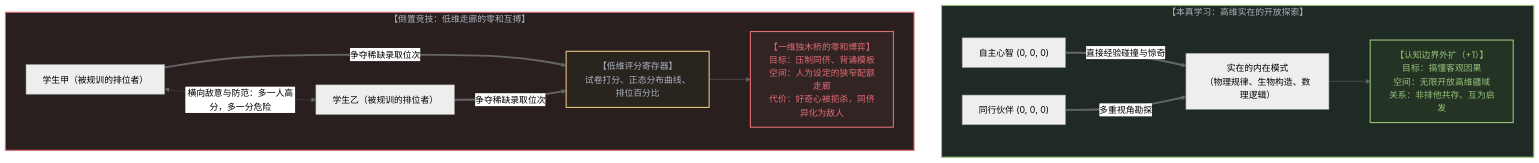
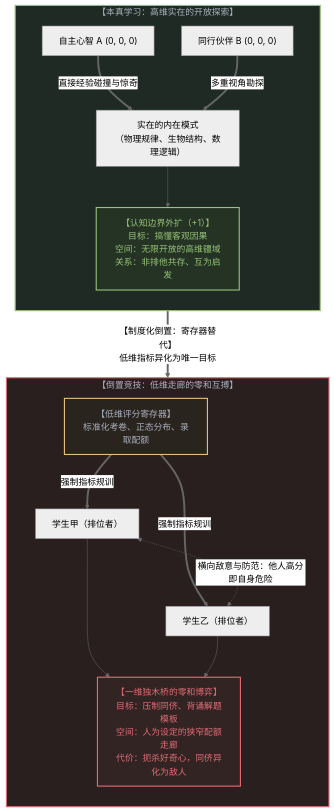
Before and after one commit to powerpig99/not-a-toe: the fifth of 10 diagrams in content/posts/the-reversal-of-education-and-science.md, drawn with Mermaid (neutral theme). The commit also changed other lines of this file, not shown here.

Commit message:
Optimize diagram orientation and aspect ratios for Section 3 and Section 5 in Post 304

````diff
--- a/content/posts/the-reversal-of-education-and-science.md
+++ b/content/posts/the-reversal-of-education-and-science.md
@@ -189,31 +189,36 @@
 ```mermaid
 graph TD
     subgraph GenuineLearning["【本真学习：高维实在的开放探索】"]
-        MindA["自主心智 (0, 0, 0)"]
-        MindB["同行伙伴 (0, 0, 0)"]
-        Patterns["实在的内在模式<br>（物理规律、生物构造、数理逻辑）"]
-        Expansion["【认知边界外扩（+1）】<br>目标：搞懂客观因果<br>空间：无限开放高维疆域<br>关系：非排他共存、互为启发"]
+        direction TB
+        MindA["自主心智 A (0, 0, 0)"]
+        MindB["同行伙伴 B (0, 0, 0)"]
+        Patterns["实在的内在模式<br>（物理规律、生物结构、数理逻辑）"]
+        Expansion["【认知边界外扩（+1）】<br>目标：搞懂客观因果<br>空间：无限开放的高维疆域<br>关系：非排他共存、互为启发"]
 
         MindA ==>|"直接经验碰撞与惊奇"| Patterns
         MindB ==>|"多重视角勘探"| Patterns
         Patterns --> Expansion
     end
 
+    GenuineLearning ==>|"【制度化倒置：寄存器替代】<br>低维指标异化为唯一目标"| InvertedArena
+
     subgraph InvertedArena["【倒置竞技：低维走廊的零和互搏】"]
-        StudentA["学生甲（被规训的排位者）"]
-        StudentB["学生乙（被规训的排位者）"]
-        ExamRegister["【低维评分寄存器】<br>试卷打分、正态分布曲线、排位百分比"]
-        ZeroSumResult["【一维独木桥的零和博弈】<br>目标：压制同侪、背诵模板<br>空间：人为设定的狭窄配额走廊<br>代价：好奇心被扼杀，同侪异化为敌人"]
+        direction TB
+        ExamRegister["【低维评分寄存器】<br>标准化考卷、正态分布、录取配额"]
+        StudentA["学生甲（排位者）"]
+        StudentB["学生乙（排位者）"]
+        ZeroSumResult["【一维独木桥的零和博弈】<br>目标：压制同侪、背诵解题模板<br>空间：人为设定的狭窄配额走廊<br>代价：扼杀好奇心，同侪异化为敌人"]
 
-        StudentA ==>|"争夺稀缺录取位次"| ExamRegister
-        StudentB ==>|"争夺稀缺录取位次"| ExamRegister
-        StudentA <-.->|"横向敌意与防范：多一人高分，多一分危险"| StudentB
-        ExamRegister --> ZeroSumResult
+        ExamRegister ==>|"强制指标规训"| StudentA
+        ExamRegister ==>|"强制指标规训"| StudentB
+        StudentA <-.->|"横向敌意与防范：他人高分即自身危险"| StudentB
+        StudentA --> ZeroSumResult
+        StudentB --> ZeroSumResult
     end
 
     style GenuineLearning fill:#1f2a24,stroke:#98c379,stroke-width:2px,color:#abb2bf
     style InvertedArena fill:#2a1f1f,stroke:#e06c75,stroke-width:2px,color:#abb2bf
     style Expansion fill:#243324,stroke:#98c379,stroke-width:2px,color:#98c379
     style ZeroSumResult fill:#332424,stroke:#e06c75,stroke-width:2px,color:#e06c75
     style ExamRegister fill:#2a241f,stroke:#e5c07b,stroke-width:2px,color:#abb2bf
 ```
````
